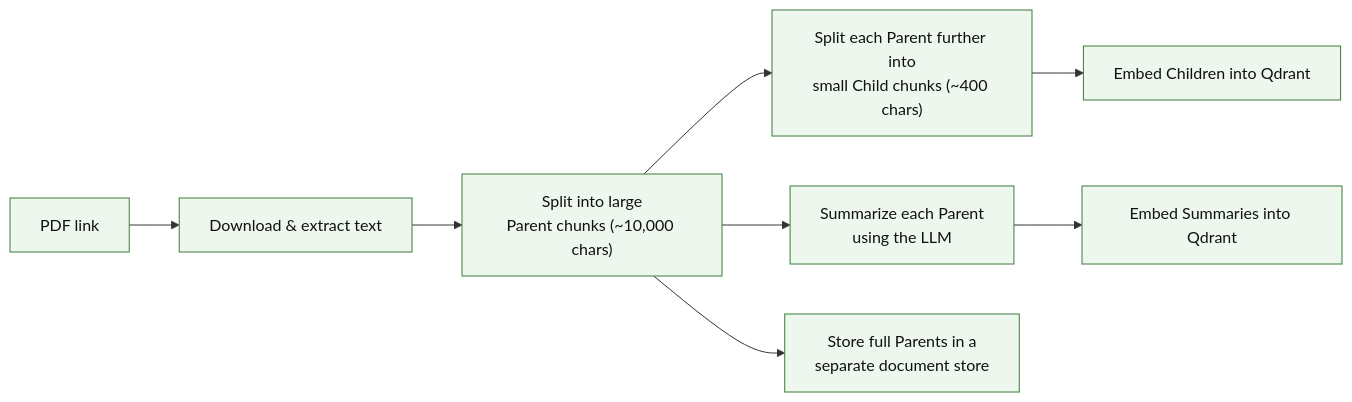
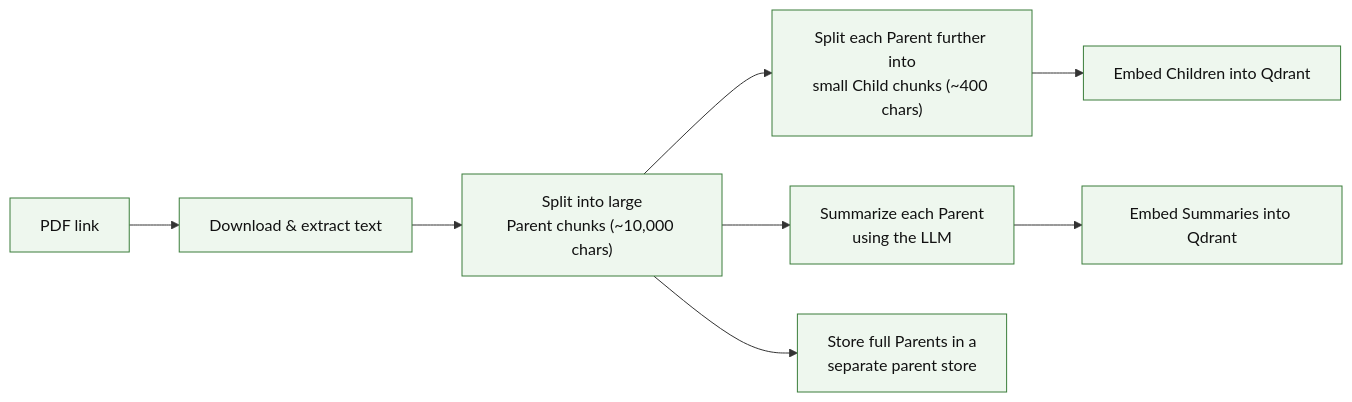
The first of 5 diagrams in RAG-Labs/section-2-retrieval-variations/lab-03-multivector-parent-child/lab1_langchain.md (CogKnowEdge-Solutions/Context-Memory-Layer), drawn with Mermaid before and after one commit. The commit also changed other lines of this file and 80 other files, not shown here.

````diff
--- a/RAG-Labs/section-2-retrieval-variations/lab-03-multivector-parent-child/lab1_langchain.md
+++ b/RAG-Labs/section-2-retrieval-variations/lab-03-multivector-parent-child/lab1_langchain.md
@@ -43,13 +54,13 @@
 ```mermaid
 flowchart LR
     PDF["PDF link"] --> DL["Download & extract text"]
     DL --> PC["Split into large<br/>Parent chunks (~10,000 chars)"]
     PC --> CC["Split each Parent further into<br/>small Child chunks (~400 chars)"]
     PC --> SM["Summarize each Parent<br/>using the LLM"]
     CC --> EMB["Embed Children into Qdrant"]
     SM --> EMB2["Embed Summaries into Qdrant"]
-    PC --> DS["Store full Parents in a<br/>separate document store"]
+    PC --> DS["Store full Parents in a<br/>separate parent store"]
 
     classDef ingestStyle fill:#eef7ee,stroke:#3a7d3a,stroke-width:1px,color:#111111
     class PDF,DL,PC,CC,SM,EMB,EMB2,DS ingestStyle
 ```
````
